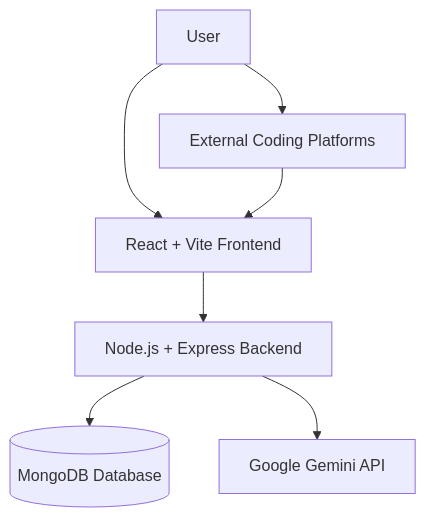
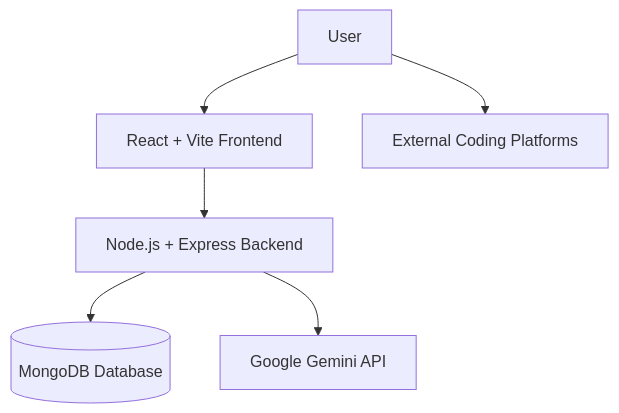
The diagram in README.md (Shivangiagarwal-sst/roundwise_ai_interview_prep), drawn with Mermaid before and after one commit. The commit also changed other lines of this file, not shown here.

````diff
--- a/README.md
+++ b/README.md
@@ -138,9 +138,8 @@
 ```mermaid
 flowchart TD
     U[User] --> F[React + Vite Frontend]
     F --> B[Node.js + Express Backend]
     B --> DB[(MongoDB Database)]
     B --> AI[Google Gemini API]
     U --> CP[External Coding Platforms]
-    CP --> F
 ```
````
